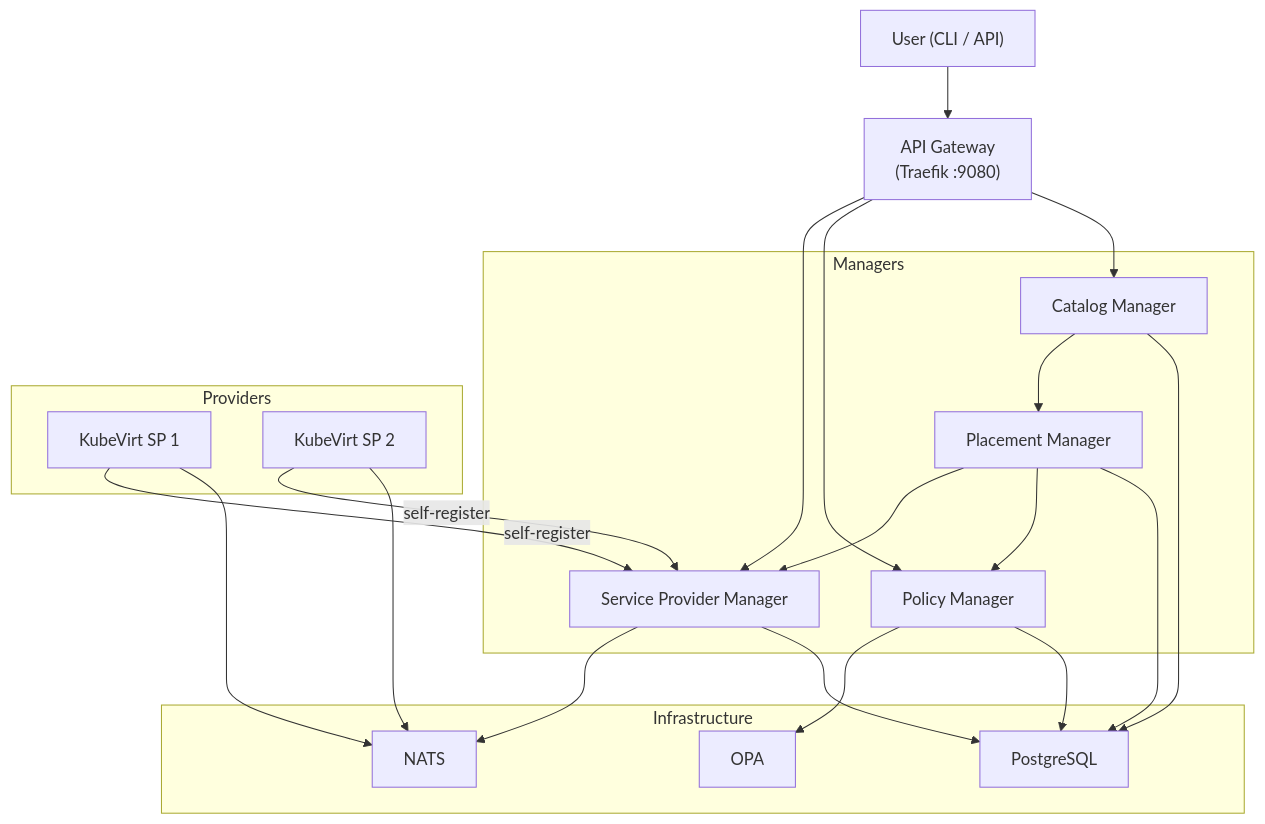
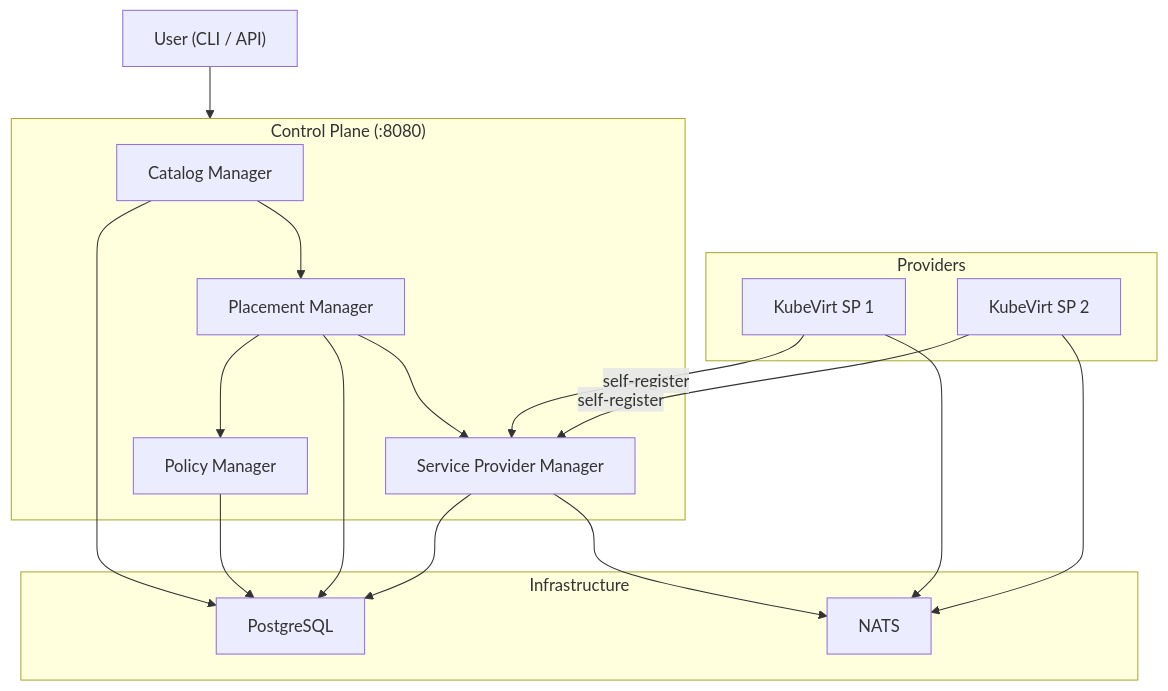
The first of 2 diagrams in content/docs/getting-started/architecture.md (dcm-project/dcm-project.github.io), drawn with Mermaid before and after one commit. The commit also changed other lines of this file and 22 other files, not shown here.

First line of the commit message:
Update docs for control-plane monolith (#19)

````diff
--- a/content/docs/getting-started/architecture.md
+++ b/content/docs/getting-started/architecture.md
@@ -11,44 +13,38 @@
 ```mermaid
 graph TD
     User["User (CLI / API)"]
-    GW["API Gateway<br/>(Traefik :9080)"]
 
-    subgraph Managers
+    subgraph CP["Control Plane (:8080)"]
         CM["Catalog Manager"]
         PM["Policy Manager"]
         PLM["Placement Manager"]
         SPM["Service Provider Manager"]
     end
 
     subgraph Infrastructure
         PG["PostgreSQL"]
         NATS["NATS"]
-        OPA["OPA"]
     end
 
     subgraph Providers
         SP1["KubeVirt SP 1"]
         SP2["KubeVirt SP 2"]
     end
 
-    User --> GW
-    GW --> CM
-    GW --> PM
-    GW --> SPM
+    User --> CP
 
     CM --> PG
     PM --> PG
     PLM --> PG
     SPM --> PG
 
-    PM --> OPA
     PLM --> PM
     PLM --> SPM
     CM --> PLM
 
     SPM --> NATS
     SP1 --> NATS
     SP2 --> NATS
     SP1 -->|self-register| SPM
     SP2 -->|self-register| SPM
 ```
````
